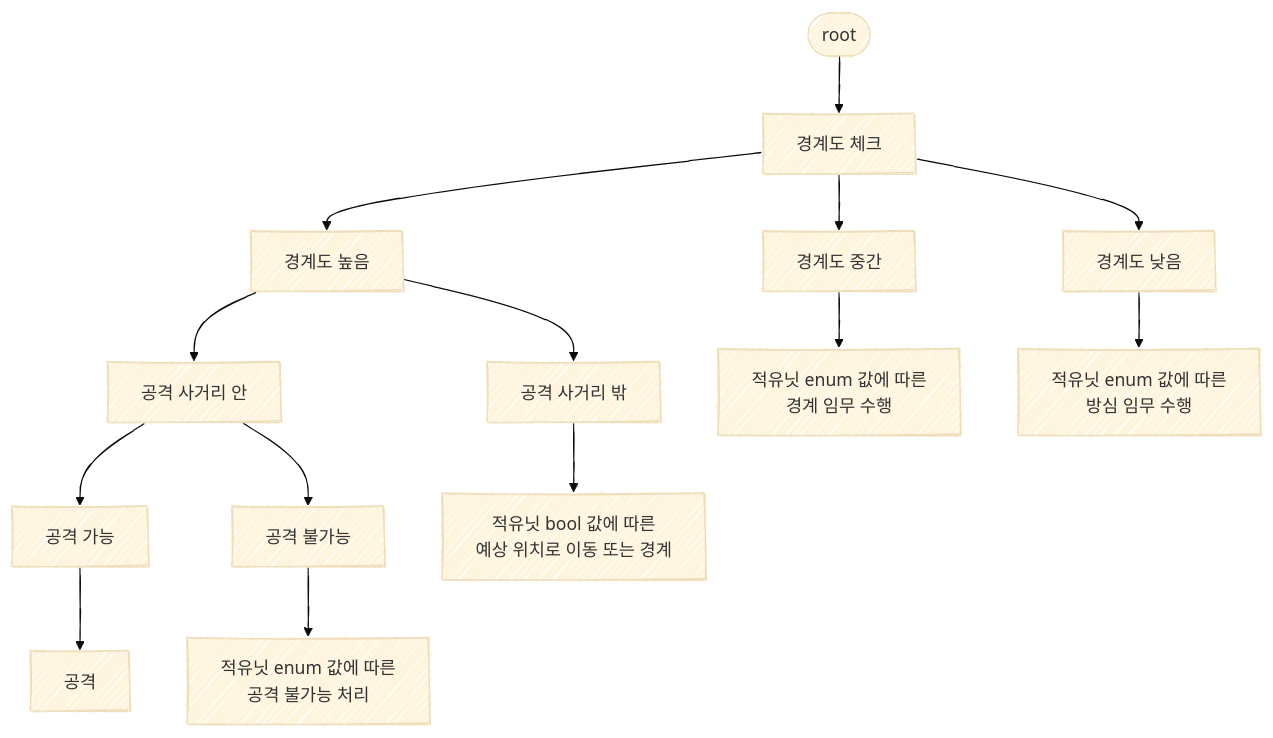
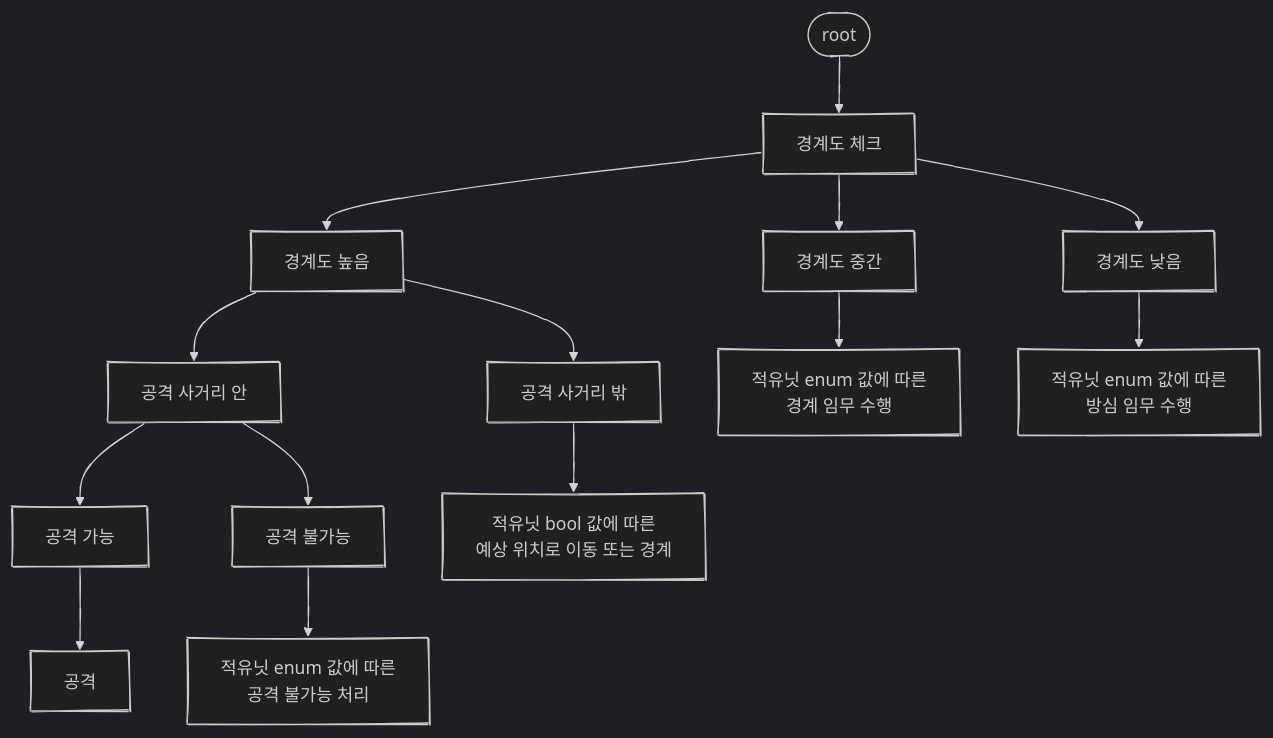
The third of 4 diagrams in _posts/game_dev/portfolio/2025-11-25-JAD_EnemyUnit.md (SoftHamzzi/SoftHamzzi.github.io), drawn with Mermaid before and after one commit.

````diff
--- a/_posts/game_dev/portfolio/2025-11-25-JAD_EnemyUnit.md
+++ b/_posts/game_dev/portfolio/2025-11-25-JAD_EnemyUnit.md
@@ -115,18 +115,18 @@
 ```mermaid
 ---
 config:
   layout: dagre
-  theme: base
+  theme: dark
   look: handDrawn
 ---
 flowchart TB
     root(["root"]) --> levelCheck["경계도 체크"]
     levelCheck --> high["경계도 높음"] & mid["경계도 중간"] & low["경계도 낮음"]
     high --> outRange["공격 사거리 밖"] & inRange["공격 사거리 안"]
     inRange --> canAttack["공격 가능"] & cantAttack["공격 불가능"]
     canAttack --> canAttackAction["공격"]
     cantAttack --> cantAttackAction["적유닛 enum 값에 따른<br>공격 불가능 처리"]
     outRange --> moveAction["적유닛 bool 값에 따른<br>예상 위치로 이동 또는 경계"]
     mid --> midAction["적유닛 enum 값에 따른<br>경계 임무 수행"]
     low --> lowAction["적유닛 enum 값에 따른<br>방심 임무 수행"]
 ```
````
